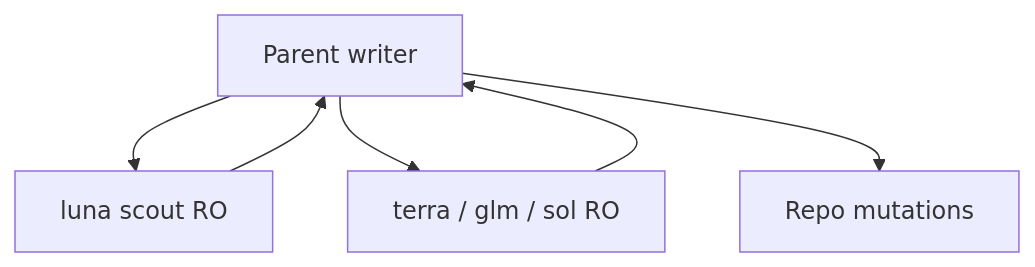
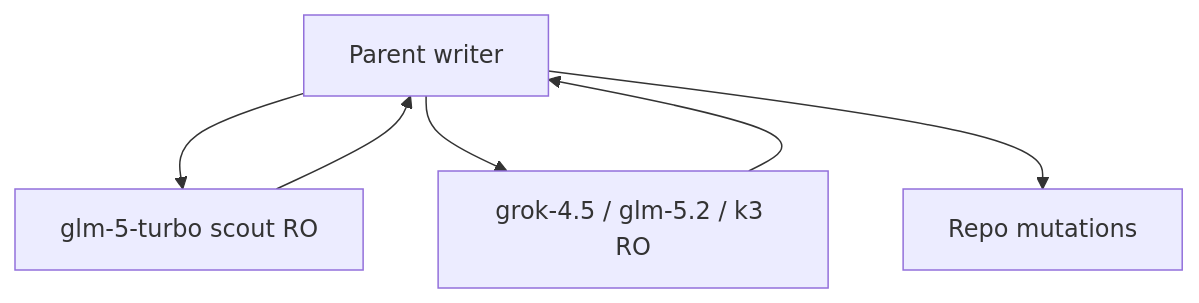
The sixth of 6 diagrams in docs/workflow-guide.md (Tonours/etabli), drawn with Mermaid before and after one commit. The commit also changed other lines of this file and 6 other files, not shown here.

````diff
--- a/docs/workflow-guide.md
+++ b/docs/workflow-guide.md
@@ -198,8 +198,8 @@
 ```mermaid
 flowchart TB
-  Parent[Parent writer] --> Scout[luna scout RO]
-  Parent --> Council[terra / glm / sol RO]
+  Parent[Parent writer] --> Scout[glm-5-turbo scout RO]
+  Parent --> Council[grok-4.5 / glm-5.2 / k3 RO]
   Scout --> Parent
   Council --> Parent
   Parent --> Git[Repo mutations]
 ```
````
